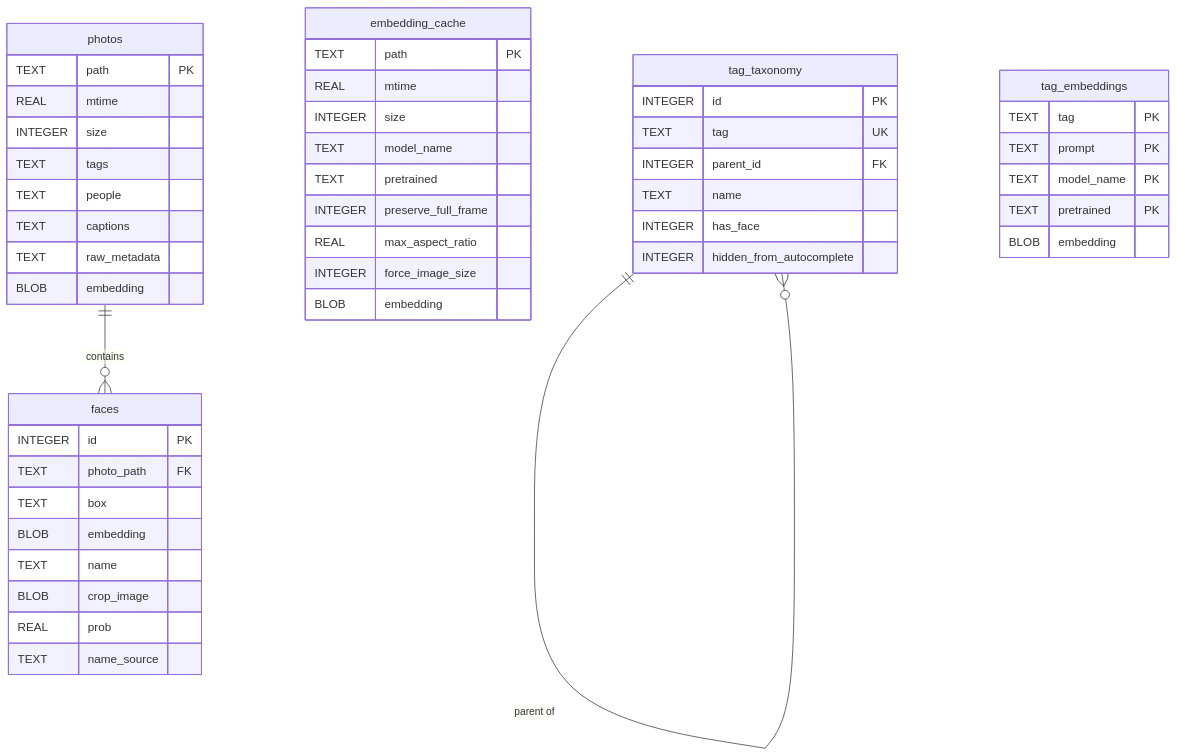
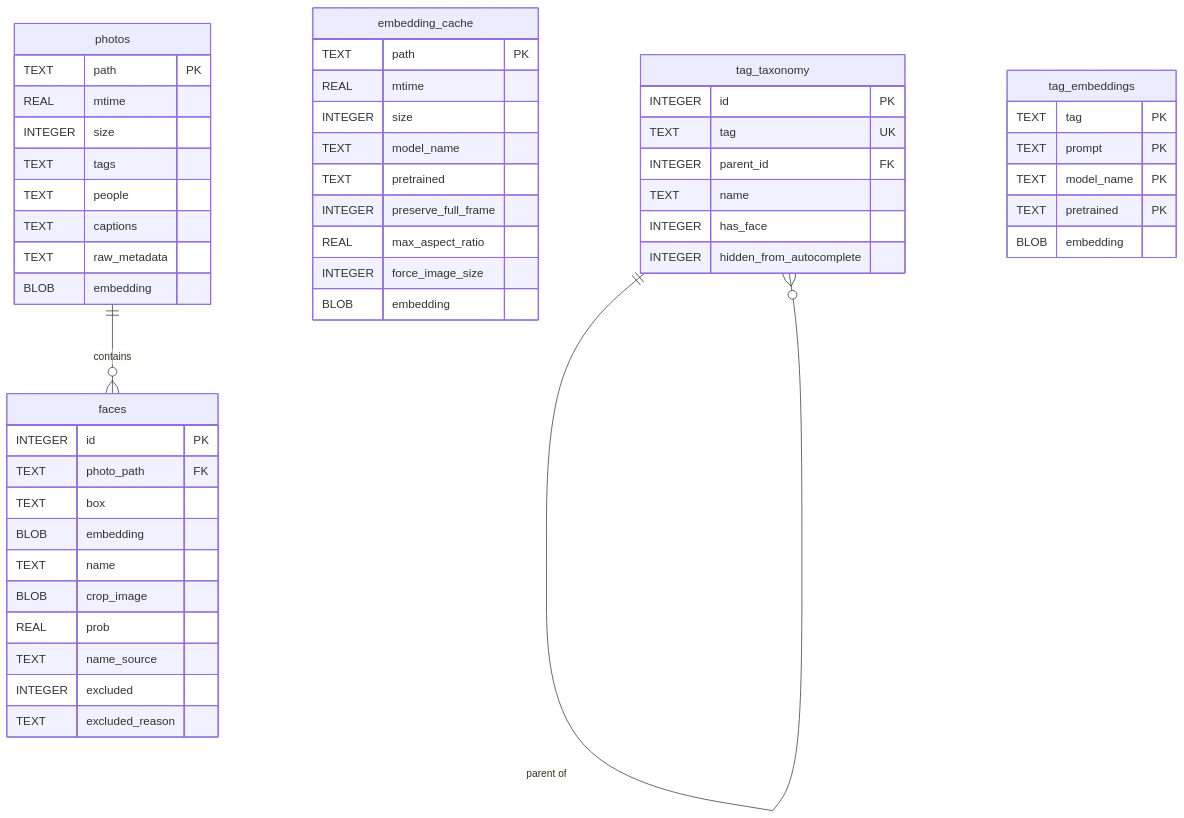
Before and after one commit to Wizoi/TagPup: the first of 2 diagrams in DATABASE.md, drawn with Mermaid. The commit also changed other lines of this file and 7 other files, not shown here.

````diff
--- a/DATABASE.md
+++ b/DATABASE.md
@@ -87,56 +89,58 @@
 ```mermaid
 erDiagram
     photos {
         TEXT path PK
         REAL mtime
         INTEGER size
         TEXT tags
         TEXT people
         TEXT captions
         TEXT raw_metadata
         BLOB embedding
     }
     
     faces {
         INTEGER id PK
         TEXT photo_path FK
         TEXT box
         BLOB embedding
         TEXT name
         BLOB crop_image
         REAL prob
         TEXT name_source
+        INTEGER excluded
+        TEXT excluded_reason
     }
     
     embedding_cache {
         TEXT path PK
         REAL mtime
         INTEGER size
         TEXT model_name
         TEXT pretrained
         INTEGER preserve_full_frame
         REAL max_aspect_ratio
         INTEGER force_image_size
         BLOB embedding
     }
 
     tag_taxonomy {
         INTEGER id PK
         TEXT tag UK
         INTEGER parent_id FK
         TEXT name
         INTEGER has_face
         INTEGER hidden_from_autocomplete
     }
 
     tag_embeddings {
         TEXT tag PK
         TEXT prompt PK
         TEXT model_name PK
         TEXT pretrained PK
         BLOB embedding
     }
 
     photos ||--o{ faces : "contains"
     tag_taxonomy ||--o{ tag_taxonomy : "parent of"
 ```
````
